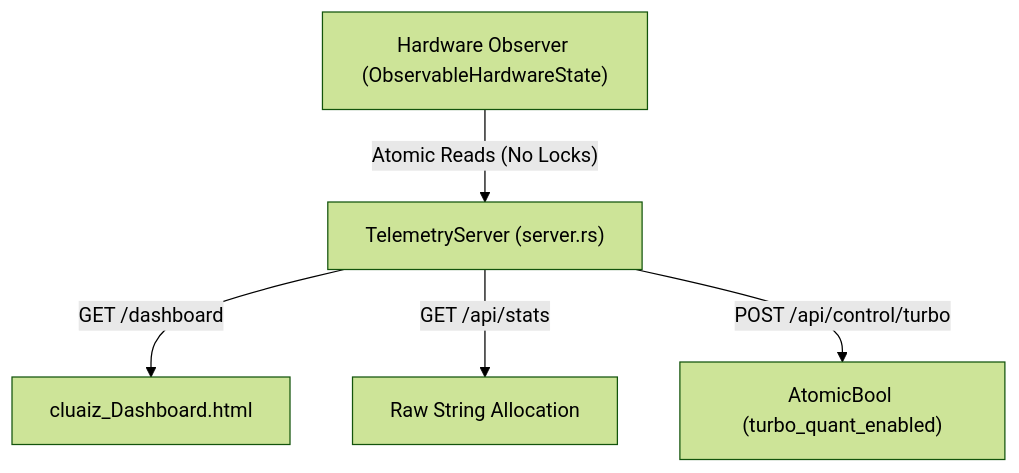
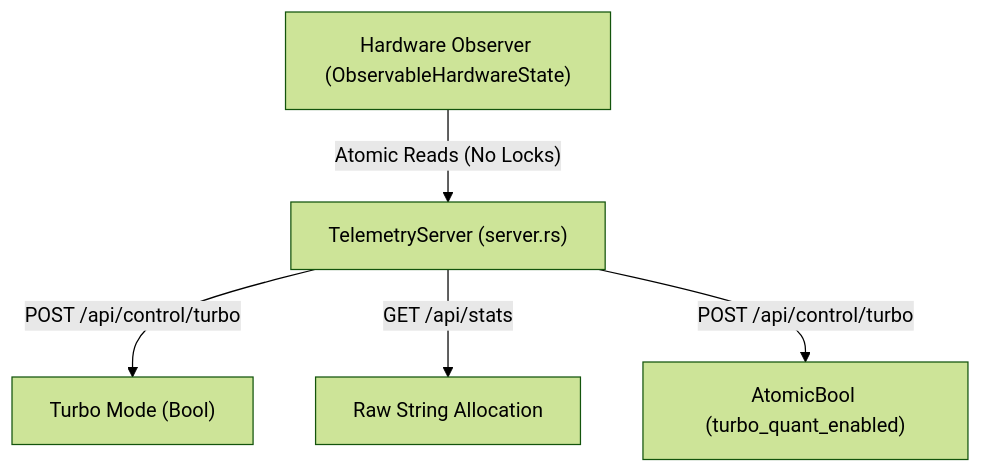
The diagram in inference-engine/engines/src/api/README.md (ayan-kushwaha/Cluaiz-), drawn with Mermaid (forest theme) before and after one commit. The commit also changed other lines of this file and 45 other files, not shown here.

First line of the commit message:
feat(core): massive architectural evolution for Developer Hub, Hardware Safety & 27B Model Support

````diff
--- a/inference-engine/engines/src/api/README.md
+++ b/inference-engine/engines/src/api/README.md
@@ -15,7 +15,7 @@
 ```mermaid
 graph TD
     Observer["Hardware Observer (ObservableHardwareState)"] -->|"Atomic Reads (No Locks)"| TCP["TelemetryServer (server.rs)"]
-    TCP -->|"GET /dashboard"| HTML["cluaiz_Dashboard.html"]
+    TCP -->|"POST /api/control/turbo"| Logic["Turbo Mode (Bool)"]
     TCP -->|"GET /api/stats"| JSON["Raw String Allocation"]
     TCP -->|"POST /api/control/turbo"| Atomic["AtomicBool (turbo_quant_enabled)"]
 ```
````
